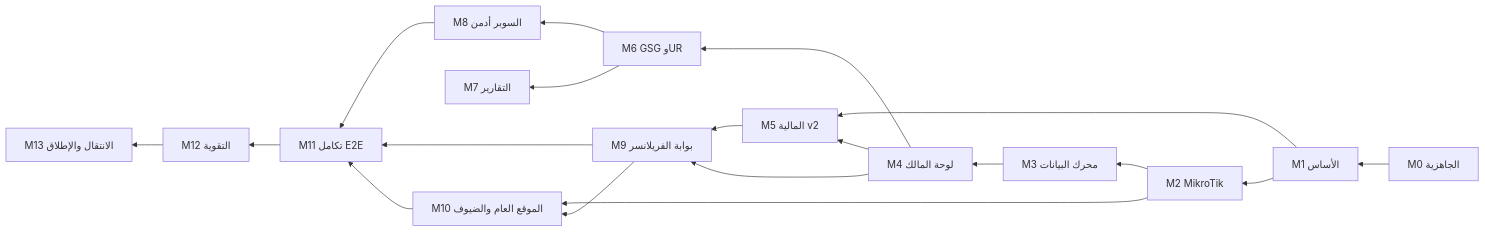
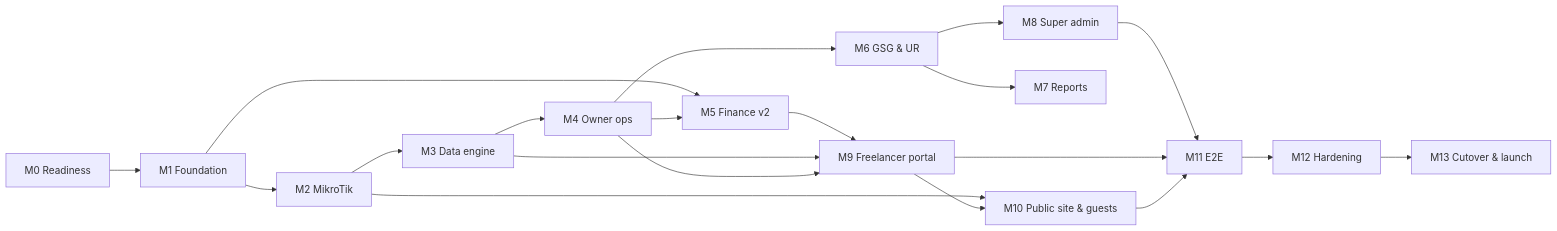
Before and after one commit to ahmaddev27/TAQATSPACE: the diagram in DOCS/new plan/TaqatSpace-Milestone-Sheet.md, drawn with Mermaid. The commit also changed other lines of this file and 10 other files, not shown here.

First line of the commit message:
docs: rewrite README for the roadmap phase and switch repo docs to English

````diff
--- a/DOCS/new plan/TaqatSpace-Milestone-Sheet.md
+++ b/DOCS/new plan/TaqatSpace-Milestone-Sheet.md
@@ -60,16 +60,17 @@
 ```mermaid
-flowchart RL
-  M0[M0 الجاهزية] --> M1[M1 الأساس] --> M2[M2 MikroTik] --> M3[M3 محرك البيانات]
-  M3 --> M4[M4 لوحة المالك] --> M6[M6 GSG وUR] --> M8[M8 السوبر أدمن]
-  M1 --> M5[M5 المالية v2]
+flowchart LR
+  M0[M0 Readiness] --> M1[M1 Foundation] --> M2[M2 MikroTik] --> M3[M3 Data engine]
+  M3 --> M4[M4 Owner ops] --> M6[M6 GSG & UR] --> M8[M8 Super admin]
+  M1 --> M5[M5 Finance v2]
   M4 --> M5
-  M5 --> M9[M9 بوابة الفريلانسر]
+  M5 --> M9[M9 Freelancer portal]
+  M3 --> M9
   M4 --> M9
-  M6 --> M7[M7 التقارير]
-  M2 --> M10[M10 الموقع العام والضيوف]
+  M6 --> M7[M7 Reports]
+  M2 --> M10[M10 Public site & guests]
   M9 --> M10
-  M8 --> M11[M11 تكامل E2E]
+  M8 --> M11[M11 E2E]
   M9 --> M11
   M10 --> M11
-  M11 --> M12[M12 التقوية] --> M13[M13 الانتقال والإطلاق]
+  M11 --> M12[M12 Hardening] --> M13[M13 Cutover & launch]
 ```
````
